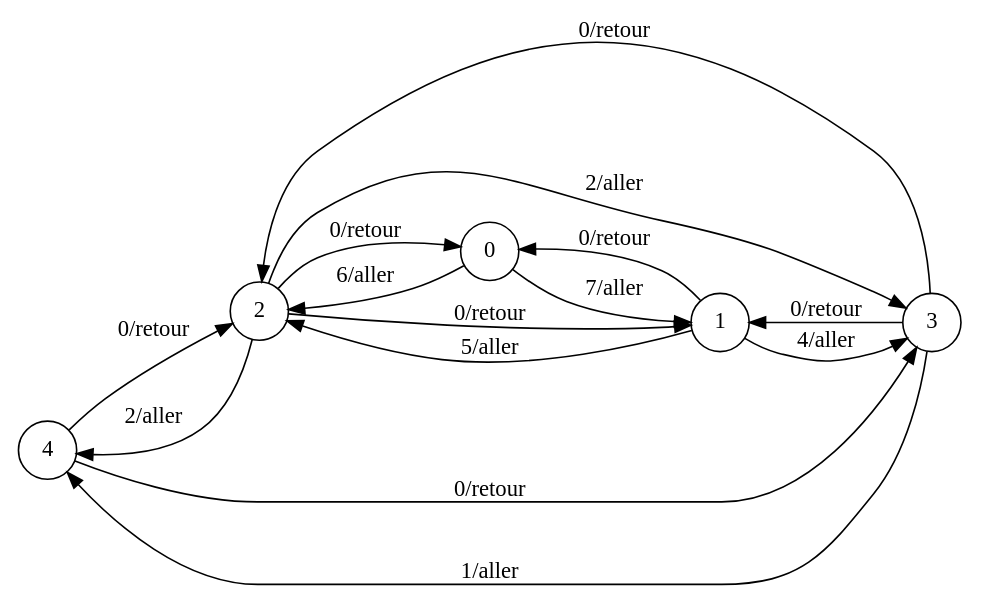
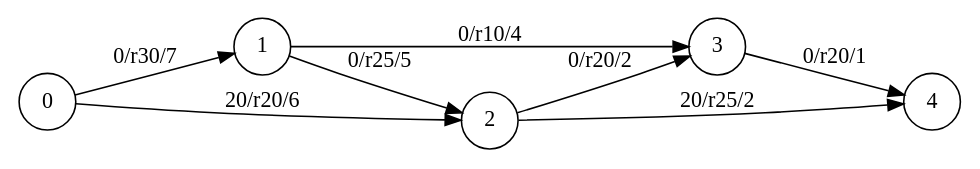
The diagram in graphs/grMF.dot (erpeldinger/hackers_vs_hosts), drawn with Graphviz before and after one commit. The commit also changed 47 other files, not shown here.

```diff
--- a/graphs/grMF.dot
+++ b/graphs/grMF.dot
@@ -1,19 +1,12 @@
 digraph finite_state_machine {
   	rankdir=LR;
  	size="8,5";
   	node [shape = circle];
-  	  	4 -> 2 [ label = "0/retour" ];
-  	  	4 -> 3 [ label = "0/retour" ];
-  	  	3 -> 1 [ label = "0/retour" ];
-  	  	3 -> 2 [ label = "0/retour" ];
-  	  	3 -> 4 [ label = "1/aller" ];
-  	  	2 -> 0 [ label = "0/retour" ];
-  	  	2 -> 1 [ label = "0/retour" ];
-  	  	2 -> 4 [ label = "2/aller" ];
-  	  	2 -> 3 [ label = "2/aller" ];
-  	  	1 -> 0 [ label = "0/retour" ];
-  	  	1 -> 2 [ label = "5/aller" ];
-  	  	1 -> 3 [ label = "4/aller" ];
-  	  	0 -> 2 [ label = "6/aller" ];
-  	  	0 -> 1 [ label = "7/aller" ];
+  	  	3 -> 4 [ label = "0/r20/1" ];
+  	  	1 -> 2 [ label = "0/r25/5" ];
+  	  	1 -> 3 [ label = "0/r10/4" ];
+  	  	0 -> 1 [ label = "0/r30/7" ];
+  	  	0 -> 2 [ label = "20/r20/6" ];
+  	  	2 -> 3 [ label = "0/r20/2" ];
+  	  	2 -> 4 [ label = "20/r25/2" ];
 }
```
